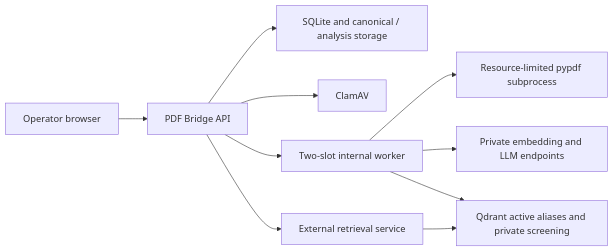
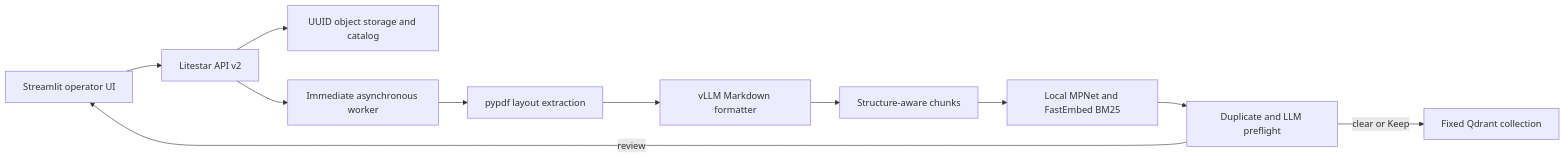
One commit to icosahedron10/pdf-bridge changed the diagram in README.md. Above: the diagram before and after it, drawn with Mermaid. The commit also changed other lines of this file and 173 other files, not shown here.

Commit message:
Complete API v2 and Streamlit workspace refactor

````diff
--- a/README.md
+++ b/README.md
@@ -30,12 +39,13 @@
 ```mermaid
-graph LR
-    O["Operator browser"] --> B["PDF Bridge API"]
-    B --> S["SQLite and canonical / analysis storage"]
-    B --> C["ClamAV"]
-    B --> W["Two-slot internal worker"]
-    W --> P["Resource-limited pypdf subprocess"]
-    W --> M["Private embedding and LLM endpoints"]
-    W --> Q["Qdrant active aliases and private screening"]
-    R["External retrieval service"] --> Q
-    B --> R
+flowchart LR
+    U["Streamlit operator UI"] --> A["Litestar API v2"]
+    A --> S["UUID object storage and catalog"]
+    A --> W["Immediate asynchronous worker"]
+    W --> P["pypdf layout extraction"]
+    P --> L["vLLM Markdown formatter"]
+    L --> C["Structure-aware chunks"]
+    C --> E["Local MPNet and FastEmbed BM25"]
+    E --> F["Duplicate and LLM preflight"]
+    F -->|"clear or Keep"| Q["Fixed Qdrant collection"]
+    F -->|"review"| U
 ```
````
